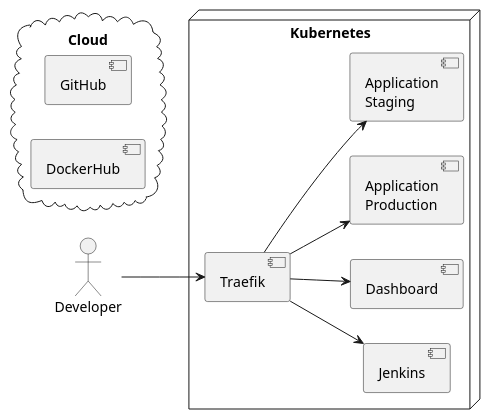
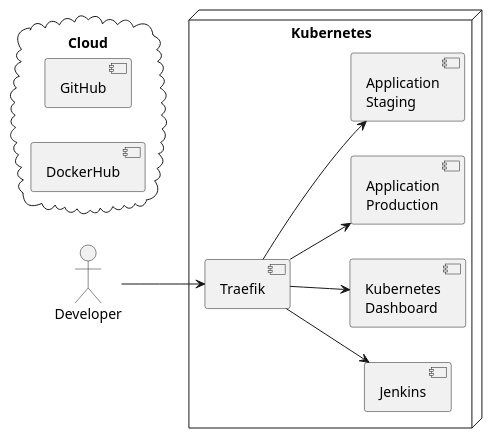
One commit to hands-on-tech/hands-on-tech.github.io changed the diagram in assets/k8s-jenkins-example/components.plantuml. Above: the diagram before and after it, drawn with PlantUML. The commit also changed 2 other files, not shown here.

```diff
--- a/assets/k8s-jenkins-example/components.plantuml
+++ b/assets/k8s-jenkins-example/components.plantuml
@@ -1,25 +1,25 @@
 @startuml
 left to right direction
 
 node "Kubernetes" {
     component "Jenkins" as jenkins
     component "Traefik" as traefik
-    component "Dashboard" as dashboard
+    component "Kubernetes\nDashboard" as dashboard
     component "Application\nProduction" as applicationP
     component "Application\nStaging" as applicationS
     
     [traefik] -down-> [jenkins]
     [traefik] -down-> [dashboard]
     [traefik] -down-> [applicationP]
     [traefik] -down-> [applicationS]
 }
 
 actor "Developer" as developer
 [developer] -down-> [traefik]
 
 cloud "Cloud" {
     component "GitHub" as git
     component "DockerHub" as registry
 }
 
 @enduml
```
